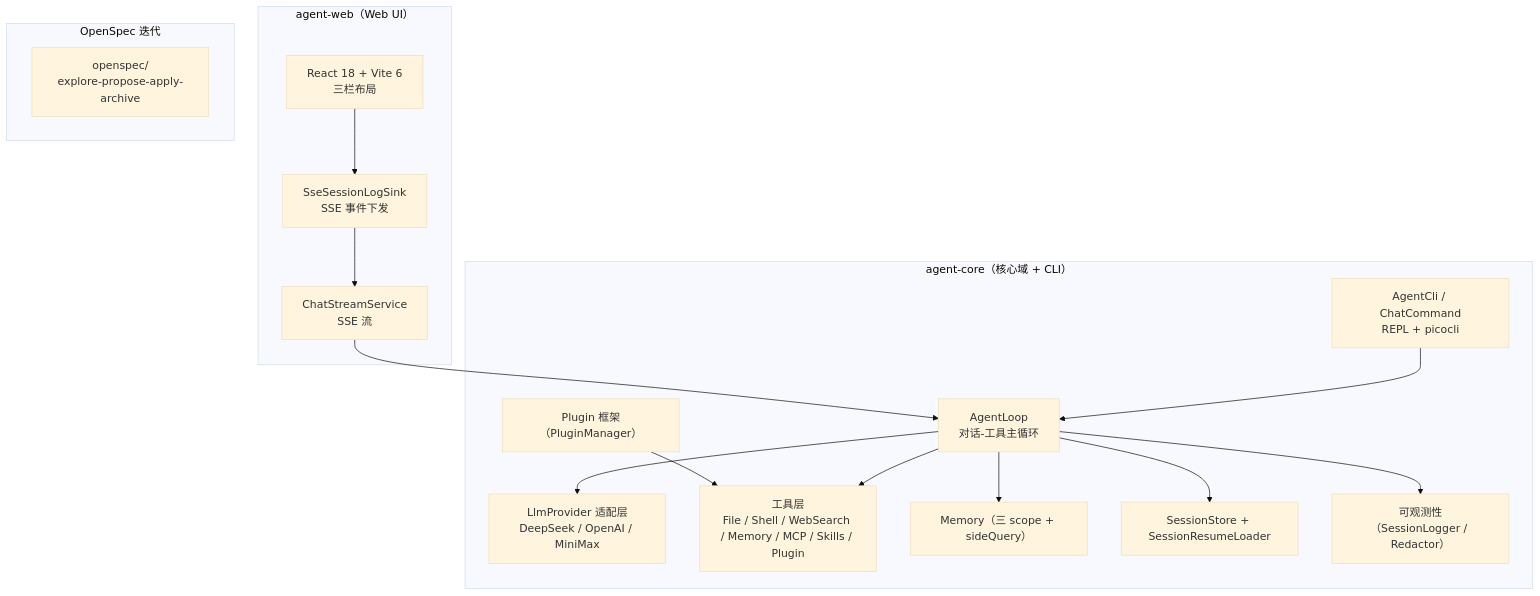
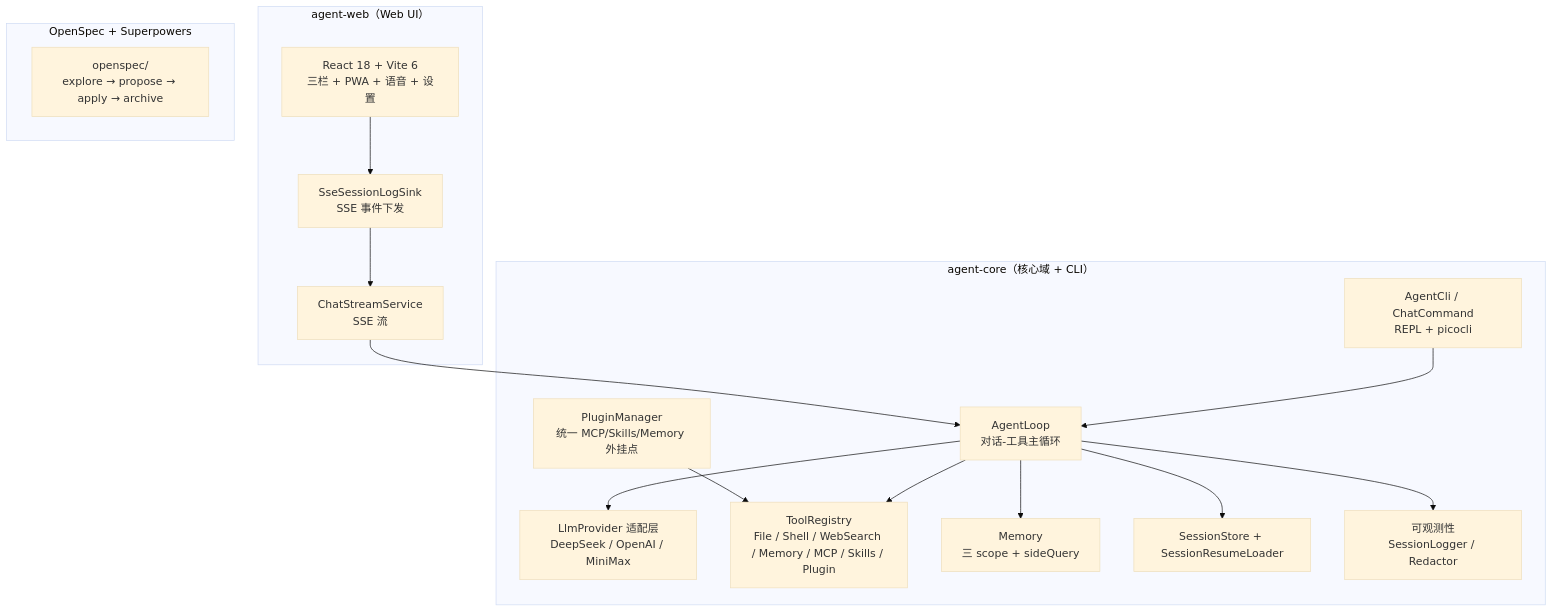
The first of 6 diagrams in README.md (makemeking233-hub/agent-demo), drawn with Mermaid (base theme) before and after one commit. The commit also changed other lines of this file, not shown here.

````diff
--- a/README.md
+++ b/README.md
@@ -34,32 +38,32 @@
 ```mermaid
 flowchart TB
     subgraph core["agent-core（核心域 + CLI）"]
         CLI["AgentCli / ChatCommand<br/>REPL + picocli"]
         AG["AgentLoop<br/>对话-工具主循环"]
         PROV["LlmProvider 适配层<br/>DeepSeek / OpenAI / MiniMax"]
-        TOOLS["工具层<br/>File / Shell / WebSearch / Memory / MCP / Skills / Plugin"]
-        MEM["Memory（三 scope + sideQuery）"]
+        TOOLS["ToolRegistry<br/>File / Shell / WebSearch / Memory / MCP / Skills / Plugin"]
+        MEM["Memory<br/>三 scope + sideQuery"]
         SESS["SessionStore + SessionResumeLoader"]
-        LOG["可观测性（SessionLogger / Redactor）"]
-        PLUG["Plugin 框架（PluginManager）"]
+        LOG["可观测性<br/>SessionLogger / Redactor"]
+        PLUG["PluginManager<br/>统一 MCP/Skills/Memory 外挂点"]
     end
     subgraph web["agent-web（Web UI）"]
         WSINK["SseSessionLogSink<br/>SSE 事件下发"]
-        WUI["React 18 + Vite 6<br/>三栏布局"]
+        WUI["React 18 + Vite 6<br/>三栏 + PWA + 语音 + 设置"]
         CHAT["ChatStreamService<br/>SSE 流"]
     end
-    subgraph ops["OpenSpec 迭代"]
-        OPS["openspec/<br/>explore-propose-apply-archive"]
+    subgraph ops["OpenSpec + Superpowers"]
+        OPS["openspec/<br/>explore → propose → apply → archive"]
     end
 
     CLI --> AG
     AG --> PROV
     AG --> TOOLS
     AG --> MEM
     AG --> SESS
     AG --> LOG
     PLUG --> TOOLS
     CHAT --> AG
     WSINK --> CHAT
     WUI --> WSINK
 ```
````
